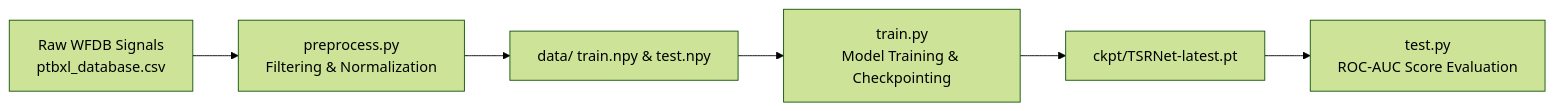
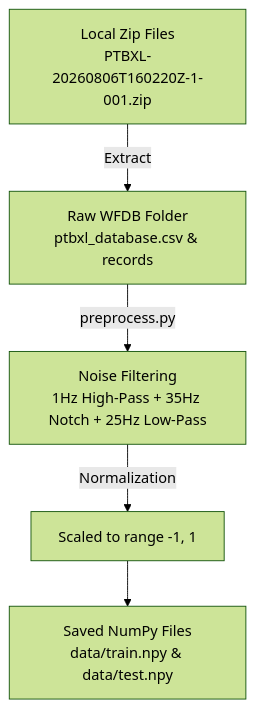
One commit to RzaMohammed/TSR_ECG changed the first of 2 diagrams in LOCAL_RUN_REPORT.md. Above: the diagram before and after it, drawn with Mermaid (forest theme). The commit also changed other lines of this file and 2 other files, not shown here.

Commit message:
fix(train): fix epoch loop range and update README with detailed local report references

````diff
--- a/LOCAL_RUN_REPORT.md
+++ b/LOCAL_RUN_REPORT.md
@@ -20,8 +55,7 @@
 ```mermaid
-flowchart LR
-    A[Raw WFDB Signals\nptbxl_database.csv] --> B[preprocess.py\nFiltering & Normalization]
-    B --> C[data/ train.npy & test.npy]
-    C --> D[train.py\nModel Training & Checkpointing]
-    D --> E[ckpt/TSRNet-latest.pt]
-    E --> F[test.py\nROC-AUC Score Evaluation]
+flowchart TD
+    A[Local Zip Files\nPTBXL-20260806T160220Z-1-001.zip] -->|Extract| B[Raw WFDB Folder\nptbxl_database.csv & records]
+    B -->|preprocess.py| C[Noise Filtering\n1Hz High-Pass + 35Hz Notch + 25Hz Low-Pass]
+    C -->|Normalization| D[Scaled to range -1, 1]
+    D --> E[Saved NumPy Files\ndata/train.npy & data/test.npy]
 ```
````
